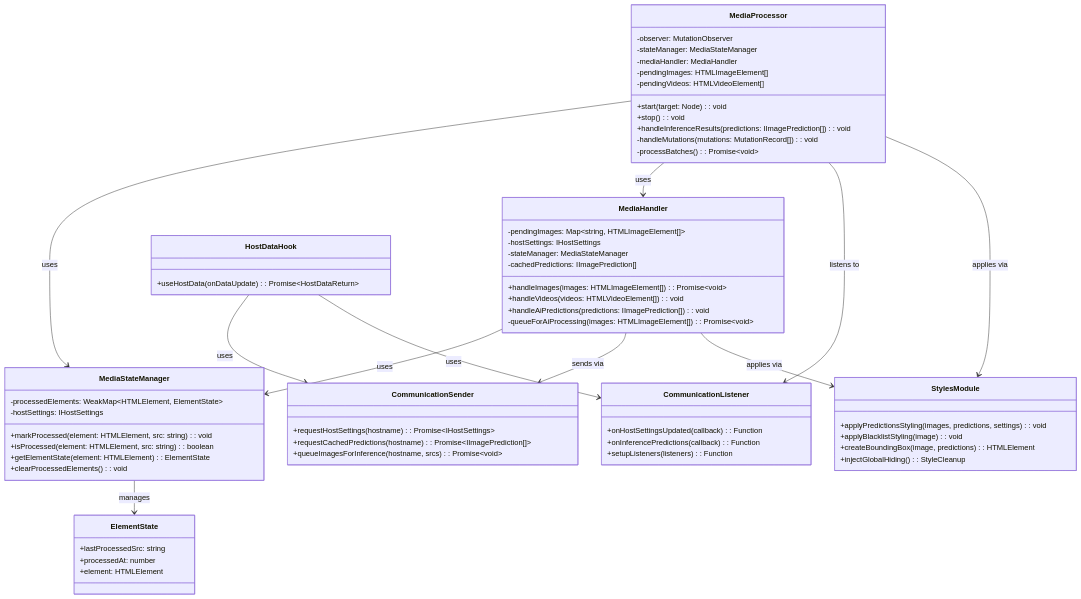
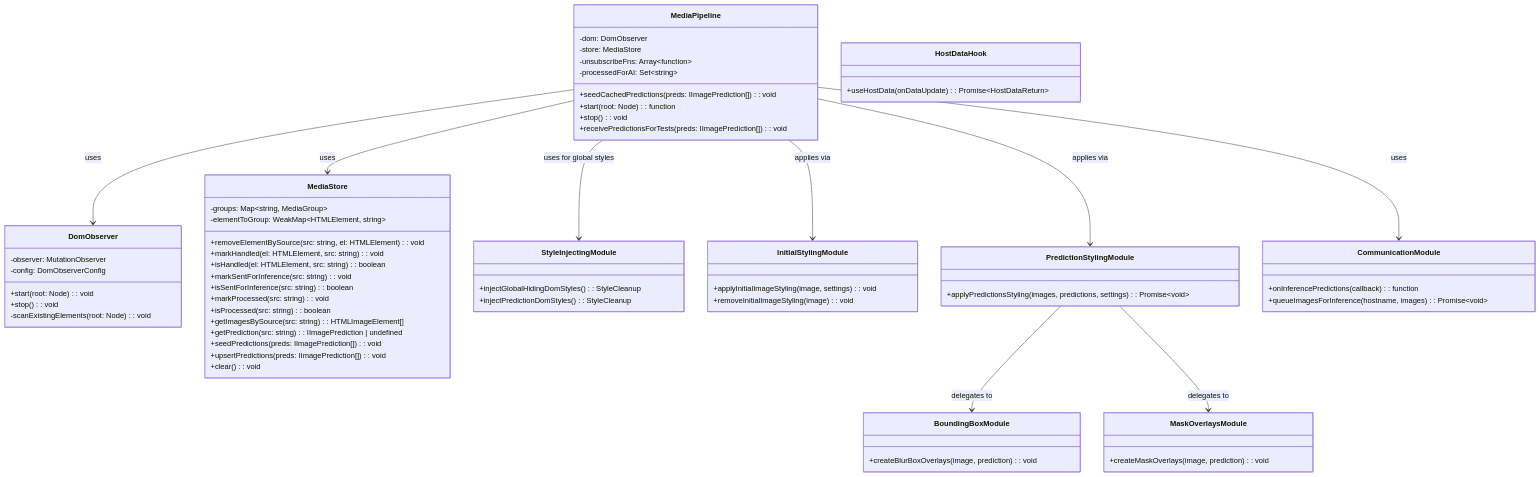
Before and after one commit to govza/HaramBlock: the diagram in entrypoints/content/README.md, drawn with Mermaid. The commit also changed other lines of this file and 17 other files, not shown here.

Commit message:
feat: implement DOM observer for media elements and enhance media processing pipeline

````diff
--- a/entrypoints/content/README.md
+++ b/entrypoints/content/README.md
@@ -179,76 +209,78 @@
 ```mermaid
 classDiagram
-    class MediaProcessor {
-        -observer: MutationObserver
-        -stateManager: MediaStateManager
-        -mediaHandler: MediaHandler
-        -pendingImages: HTMLImageElement[]
-        -pendingVideos: HTMLVideoElement[]
-        +start(target: Node): void
-        +stop(): void
-        +handleInferenceResults(predictions: IImagePrediction[]): void
-        -handleMutations(mutations: MutationRecord[]): void
-        -processBatches(): Promise~void~
-    }
+  class MediaPipeline {
+    -dom: DomObserver
+    -store: MediaStore
+    -unsubscribeFns: Array~function~
+    -processedForAI: Set~string~
+    +seedCachedPredictions(preds: IImagePrediction[]): void
+    +start(root: Node): function
+    +stop(): void
+    +receivePredictionsForTests(preds: IImagePrediction[]): void
+  }
 
-    class MediaStateManager {
-        -processedElements: WeakMap~HTMLElement, ElementState~
-        -hostSettings: IHostSettings
-        +markProcessed(element: HTMLElement, src: string): void
-        +isProcessed(element: HTMLElement, src: string): boolean
-        +getElementState(element: HTMLElement): ElementState
-        +clearProcessedElements(): void
-    }
+  class DomObserver {
+    -observer: MutationObserver
+    -config: DomObserverConfig
+    +start(root: Node): void
+    +stop(): void
+    -scanExistingElements(root: Node): void
+  }
 
-    class MediaHandler {
-        -pendingImages: Map~string, HTMLImageElement[]~
-        -hostSettings: IHostSettings
-        -stateManager: MediaStateManager
-        -cachedPredictions: IImagePrediction[]
-        +handleImages(images: HTMLImageElement[]): Promise~void~
-        +handleVideos(videos: HTMLVideoElement[]): void
-        +handleAiPredictions(predictions: IImagePrediction[]): void
-        -queueForAiProcessing(images: HTMLImageElement[]): Promise~void~
-    }
+  class MediaStore {
+    -groups: Map~string, MediaGroup~
+    -elementToGroup: WeakMap~HTMLElement, string~
+    +removeElementBySource(src: string, el: HTMLElement): void
+    +markHandled(el: HTMLElement, src: string): void
+    +isHandled(el: HTMLElement, src: string): boolean
+    +markSentForInference(src: string): void
+    +isSentForInference(src: string): boolean
+    +markProcessed(src: string): void
+    +isProcessed(src: string): boolean
+    +getImagesBySource(src: string): HTMLImageElement[]
+    +getPrediction(src: string): IImagePrediction | undefined
+    +seedPredictions(preds: IImagePrediction[]): void
+    +upsertPredictions(preds: IImagePrediction[]): void
+    +clear(): void
+  }
 
-    class ElementState {
-        +lastProcessedSrc: string
-        +processedAt: number
-        +element: HTMLElement
-    }
+  class HostDataHook {
+    +useHostData(onDataUpdate): Promise~HostDataReturn~
+  }
 
-    MediaProcessor --> MediaStateManager : uses
-    MediaProcessor --> MediaHandler : uses
-    MediaStateManager --> ElementState : manages
-    MediaHandler --> MediaStateManager : uses
+  class StyleInjectingModule {
+    +injectGlobalHidingDomStyles(): StyleCleanup
+    +injectPredictionDomStyles(): StyleCleanup
+  }
 
-    class CommunicationListener {
-        +onHostSettingsUpdated(callback): Function
-        +onInferencePredictions(callback): Function
-        +setupListeners(listeners): Function
-    }
+  class InitialStylingModule {
+    +applyInitialImageStyling(image, settings): void
+    +removeInitialImageStyling(image): void
+  }
 
-    class CommunicationSender {
-        +requestHostSettings(hostname): Promise~IHostSettings~
-        +requestCachedPredictions(hostname): Promise~IImagePrediction[]~
-        +queueImagesForInference(hostname, srcs): Promise~void~
-    }
+  class PredictionStylingModule {
+    +applyPredictionsStyling(images, predictions, settings): Promise~void~
+  }
 
-    class HostDataHook {
-        +useHostData(onDataUpdate): Promise~HostDataReturn~
-    }
+  class BoundingBoxModule {
+    +createBlurBoxOverlays(image, prediction): void
+  }
 
-    class StylesModule {
-        +applyPredictionsStyling(images, predictions, settings): void
-        +applyBlacklistStyling(image): void
-        +createBoundingBox(image, predictions): HTMLElement
-        +injectGlobalHiding(): StyleCleanup
-    }
+  class MaskOverlaysModule {
+    +createMaskOverlays(image, prediction): void
+  }
 
-    MediaProcessor --> CommunicationListener : listens to
-    MediaHandler --> CommunicationSender : sends via
-    HostDataHook --> CommunicationSender : uses
-    HostDataHook --> CommunicationListener : uses
-    MediaProcessor --> StylesModule : applies via
-    MediaHandler --> StylesModule : applies via
+  class CommunicationModule {
+    +onInferencePredictions(callback): function
+    +queueImagesForInference(hostname, images): Promise~void~
+  }
+
+  MediaPipeline --> DomObserver : uses
+  MediaPipeline --> MediaStore : uses
+  MediaPipeline --> InitialStylingModule : applies via
+  MediaPipeline --> PredictionStylingModule : applies via
+  MediaPipeline --> CommunicationModule : uses
+  PredictionStylingModule --> BoundingBoxModule : delegates to
+  PredictionStylingModule --> MaskOverlaysModule : delegates to
+  MediaPipeline --> StyleInjectingModule : uses for global styles
 ```
````
